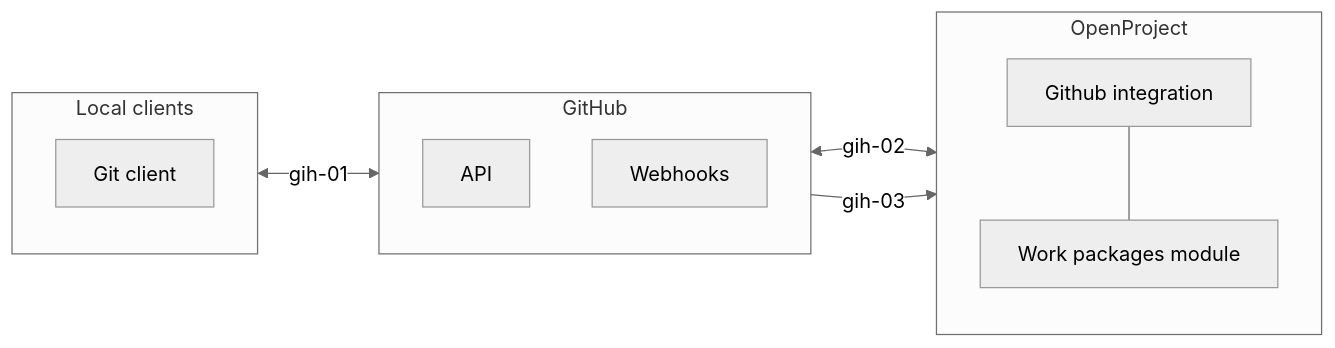
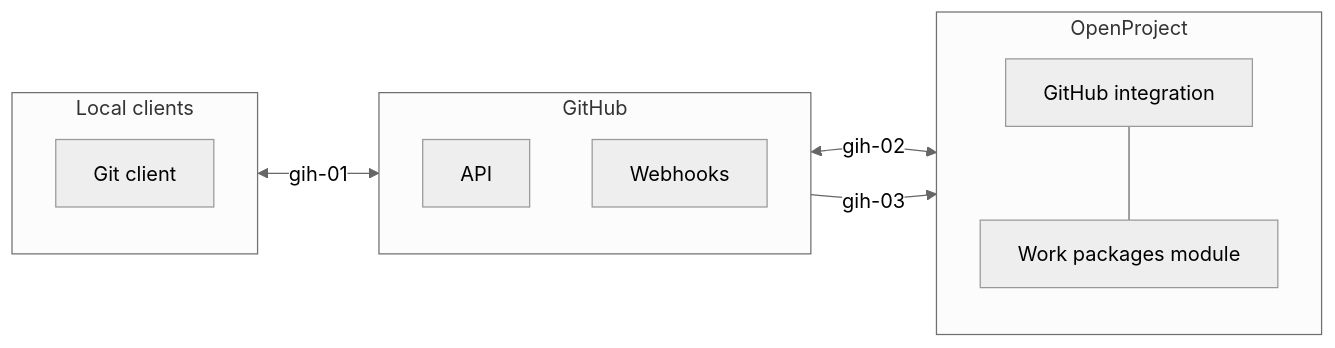
One commit to opf/openproject changed the seventh of 9 diagrams in docs/security-and-privacy/processing-of-personal-data/README.md. Above: the diagram before and after it, drawn with Mermaid. The commit also changed other lines of this file and 24 other files, not shown here.

````diff
--- a/docs/security-and-privacy/processing-of-personal-data/README.md
+++ b/docs/security-and-privacy/processing-of-personal-data/README.md
@@ -562,26 +562,26 @@
 ```mermaid
 %%{init: {'theme':'neutral'}}%%
 flowchart LR
 	gitclient <-->|gih-01| githubapi
 	githubapi <-->|gih-02| opgithubintegration
 	githubwebhooks -->|gih-03| opgithubintegration
 
   subgraph GitHub
    direction TB
   	githubapi[API]
 	githubwebhooks[Webhooks]
 
 	end
 	
 	subgraph localclients[Local clients]
    direction TB
   	gitclient[Git client]
 	end
 
   subgraph openproject[OpenProject]
    direction TB
-  	opgithubintegration[Github integration] --- workpackagesmodule[Work packages module]
+  	opgithubintegration[GitHub integration] --- workpackagesmodule[Work packages module]
 	end
   
   
 ```
````
